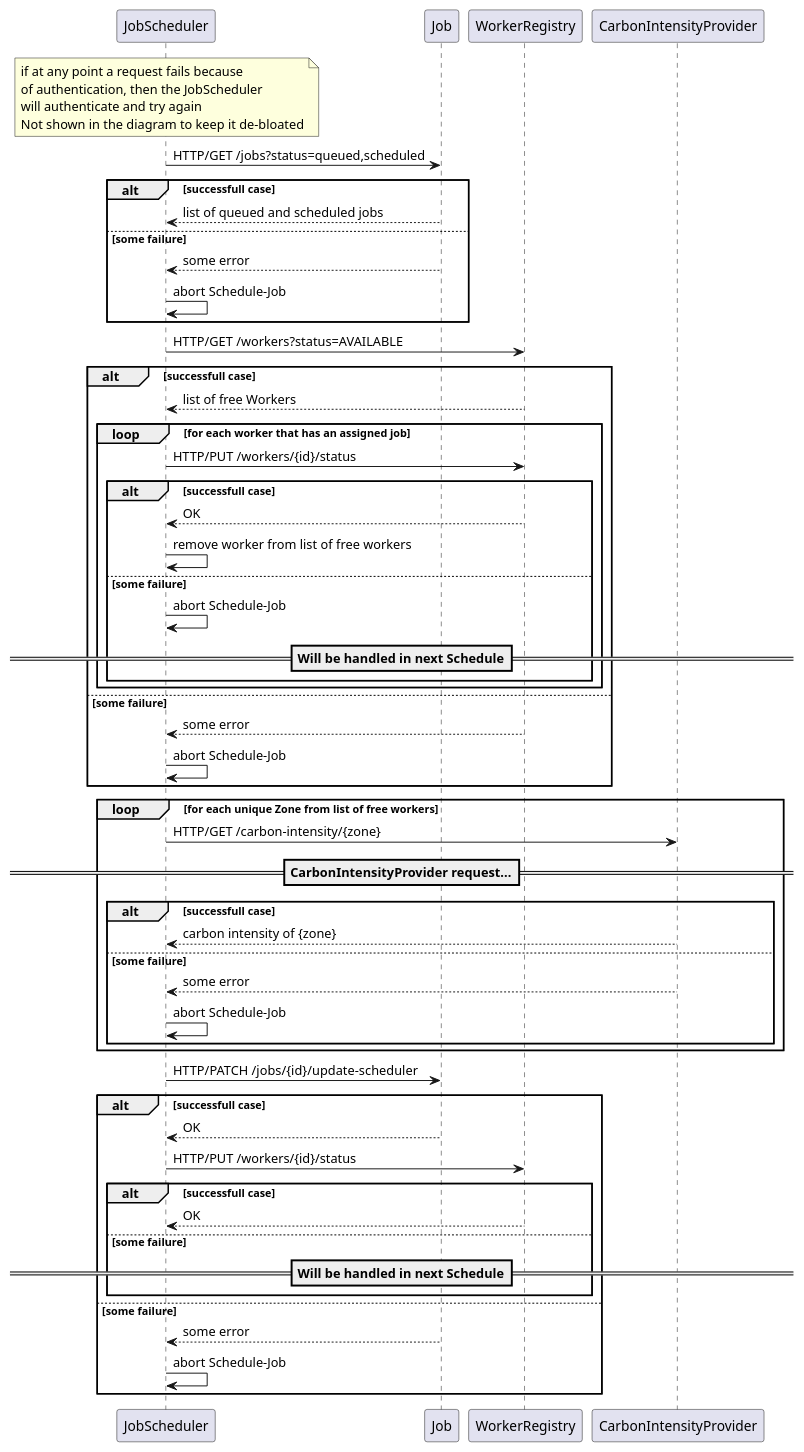
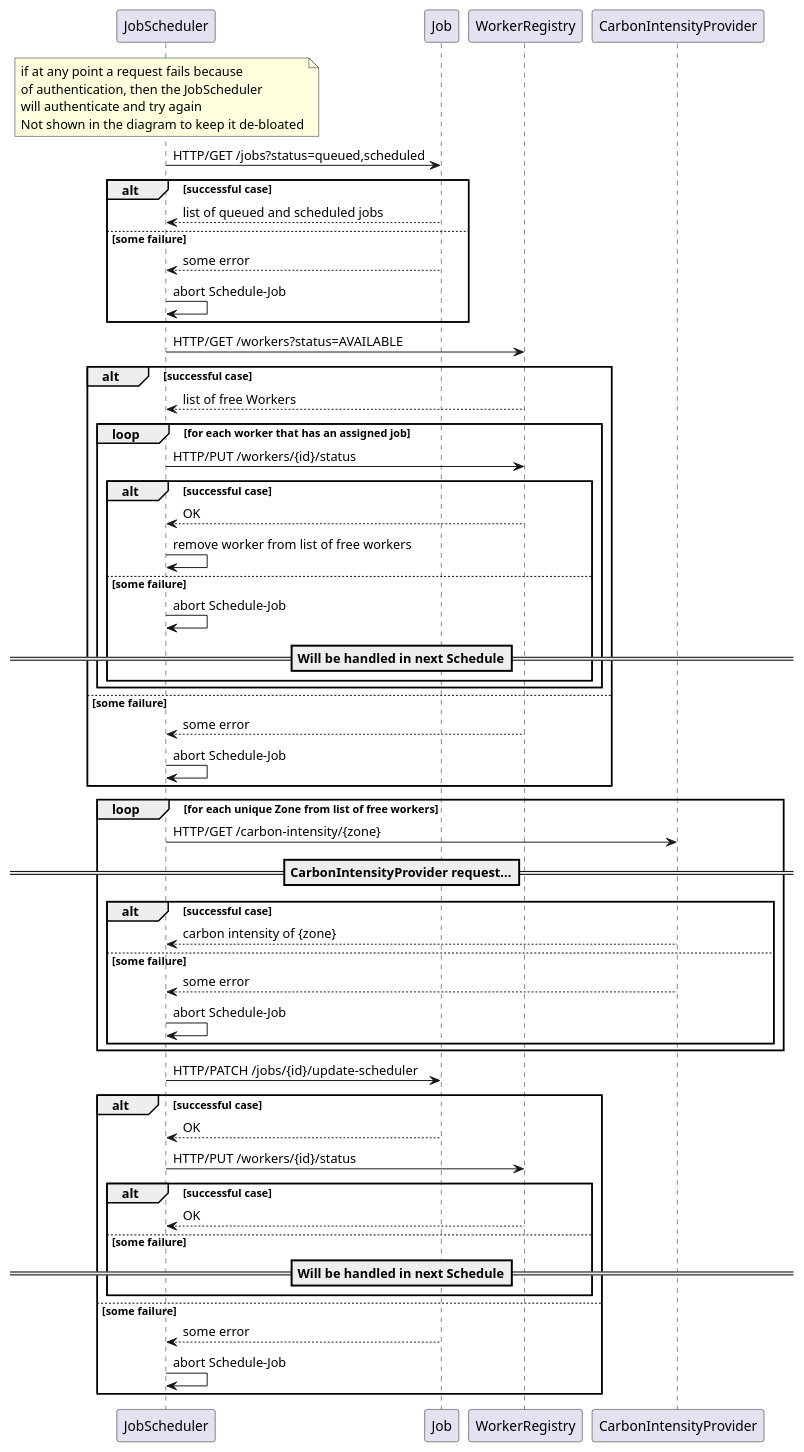
Before and after one commit to informatik-mannheim/cmg-ss2025: the diagram in docs/diagrams/schedule-job.puml, drawn with PlantUML.

```diff
--- a/docs/diagrams/schedule-job.puml
+++ b/docs/diagrams/schedule-job.puml
@@ -1,63 +1,63 @@
 @startuml Schedule Job
 
 note over JobScheduler : if at any point a request fails because \nof authentication, then the JobScheduler \nwill authenticate and try again \nNot shown in the diagram to keep it de-bloated
 
 JobScheduler -> Job : HTTP/GET /jobs?status=queued,scheduled
-alt successfull case
+alt successful case
     Job --> JobScheduler : list of queued and scheduled jobs
 else some failure
     Job --> JobScheduler : some error
     JobScheduler -> JobScheduler : abort Schedule-Job
 end
 
 JobScheduler -> WorkerRegistry : HTTP/GET /workers?status=AVAILABLE
 
-alt successfull case
+alt successful case
     WorkerRegistry --> JobScheduler : list of free Workers
 
     loop for each worker that has an assigned job
         JobScheduler -> WorkerRegistry : HTTP/PUT /workers/{id}/status
-        alt successfull case
+        alt successful case
             WorkerRegistry --> JobScheduler : OK
             JobScheduler -> JobScheduler : remove worker from list of free workers
         else some failure
             JobScheduler -> JobScheduler : abort Schedule-Job
             ==Will be handled in next Schedule==
         end
     end
 
 else some failure
     WorkerRegistry --> JobScheduler : some error
     JobScheduler -> JobScheduler : abort Schedule-Job
 end
 
 loop for each unique Zone from list of free workers
     JobScheduler -> CarbonIntensityProvider : HTTP/GET /carbon-intensity/{zone}
 
     ==CarbonIntensityProvider request...==
 
-    alt successfull case
+    alt successful case
         CarbonIntensityProvider --> JobScheduler : carbon intensity of {zone}
     else some failure
         CarbonIntensityProvider --> JobScheduler : some error
         JobScheduler -> JobScheduler : abort Schedule-Job
     end
 end
 
 JobScheduler -> Job : HTTP/PATCH /jobs/{id}/update-scheduler
 
-alt successfull case
+alt successful case
     Job --> JobScheduler : OK
 
 
     JobScheduler -> WorkerRegistry : HTTP/PUT /workers/{id}/status
-    alt successfull case
+    alt successful case
         WorkerRegistry --> JobScheduler : OK
     else some failure
         ==Will be handled in next Schedule==
     end
 else some failure
     Job --> JobScheduler : some error
     JobScheduler -> JobScheduler : abort Schedule-Job
 end
 @enduml
```
